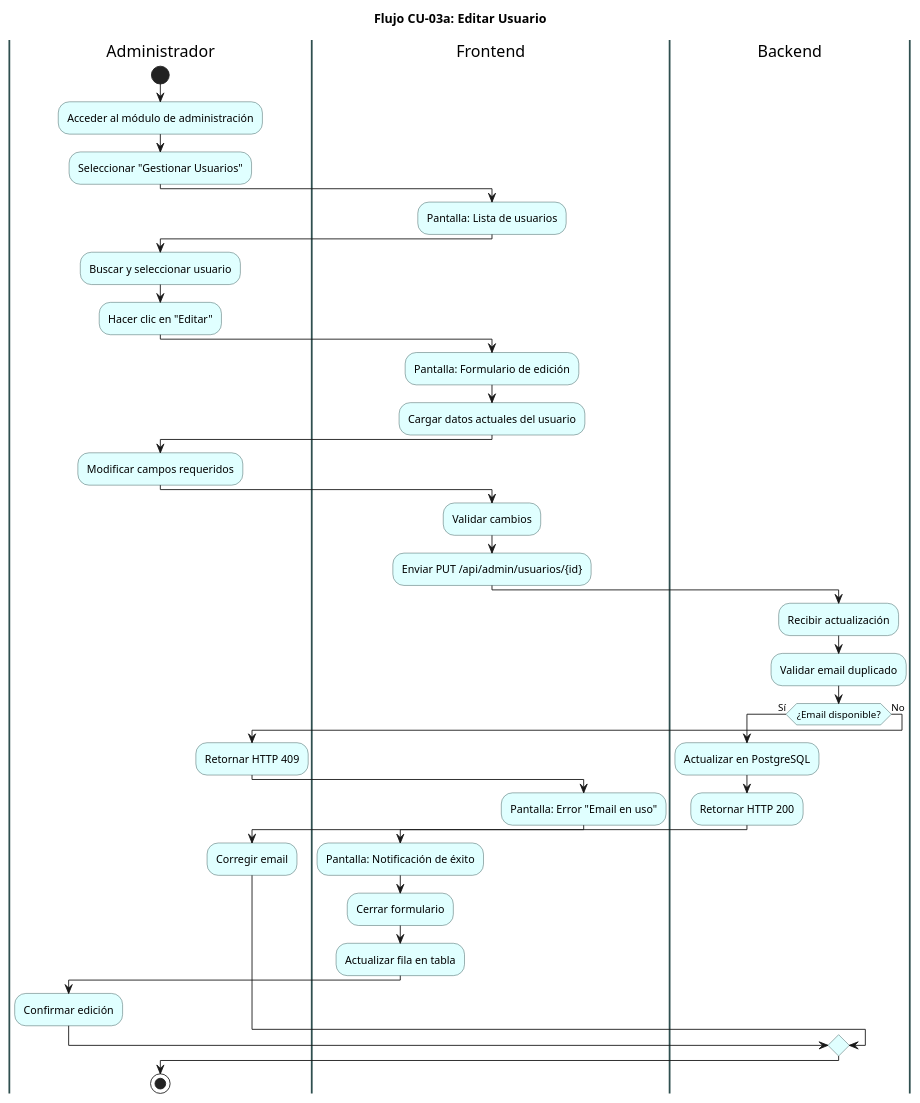
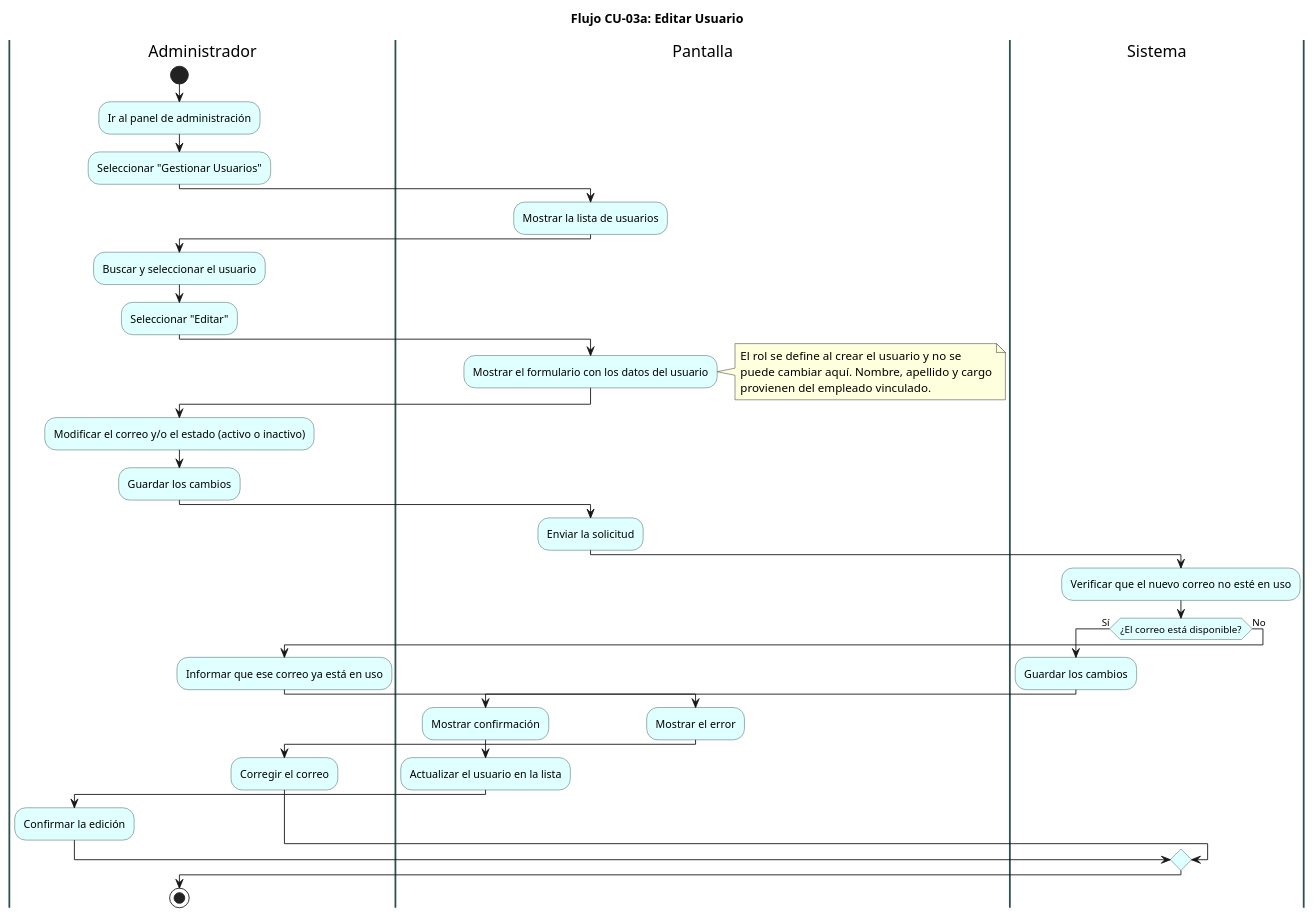
Before and after one commit to ElianMMCode/ZoneControl-Backend: the diagram in docs/diagramas/flujo/04_flujo_editar_usuario.puml, drawn with PlantUML. The commit also changed 21 other files, not shown here.

First line of the commit message:
docs(flujo): reescribir los 22 diagramas de flujo en lenguaje sencillo

```diff
--- a/docs/diagramas/flujo/04_flujo_editar_usuario.puml
+++ b/docs/diagramas/flujo/04_flujo_editar_usuario.puml
@@ -1,71 +1,66 @@
 @startuml
 title Flujo CU-03a: Editar Usuario
 skinparam activity {
   BackgroundColor LightCyan
   BorderColor DarkSlateGray
 }
 skinparam swimlane {
   BorderColor DarkSlateGray
   BorderThickness 2
 }
 
 |Administrador|
 start
-:Acceder al módulo de administración;
+:Ir al panel de administración;
 
 :Seleccionar "Gestionar Usuarios";
 
-|Frontend|
-:Pantalla: Lista de usuarios;
+|Pantalla|
+:Mostrar la lista de usuarios;
 
 |Administrador|
-:Buscar y seleccionar usuario;
+:Buscar y seleccionar el usuario;
 
-:Hacer clic en "Editar";
+:Seleccionar "Editar";
 
-|Frontend|
-:Pantalla: Formulario de edición;
+|Pantalla|
+:Mostrar el formulario con los datos del usuario;
 
-:Cargar datos actuales del usuario;
+note right
+  El rol se define al crear el usuario y no se
+  puede cambiar aquí. Nombre, apellido y cargo
+  provienen del empleado vinculado.
+end note
 
 |Administrador|
-:Modificar campos requeridos;
+:Modificar el correo y/o el estado (activo o inactivo);
 
-|Frontend|
-:Validar cambios;
+:Guardar los cambios;
 
-:Enviar PUT /api/admin/usuarios/{id};
+|Pantalla|
+:Enviar la solicitud;
 
-|Backend|
-:Recibir actualización;
+|Sistema|
+:Verificar que el nuevo correo no esté en uso;
 
-:Validar email duplicado;
+if (¿El correo está disponible?) then (Sí)
+  :Guardar los cambios;
 
-if (¿Email disponible?) then (Sí)
-  :Actualizar en PostgreSQL;
+  |Pantalla|
+  :Mostrar confirmación;
 
-  :Retornar HTTP 200;
-
-  |Frontend|
-  :Pantalla: Notificación de éxito;
-
-  :Cerrar formulario;
-
-  :Actualizar fila en tabla;
+  :Actualizar el usuario en la lista;
 
   |Administrador|
-  :Confirmar edición;
-
+  :Confirmar la edición;
 else (No)
-  :Retornar HTTP 409;
-
-  |Frontend|
-  :Pantalla: Error "Email en uso";
-
+  :Informar que ese correo ya está en uso;
+  |Pantalla|
+  :Mostrar el error;
   |Administrador|
-  :Corregir email;
+  :Corregir el correo;
 endif
 
 stop
 
 @enduml
```
